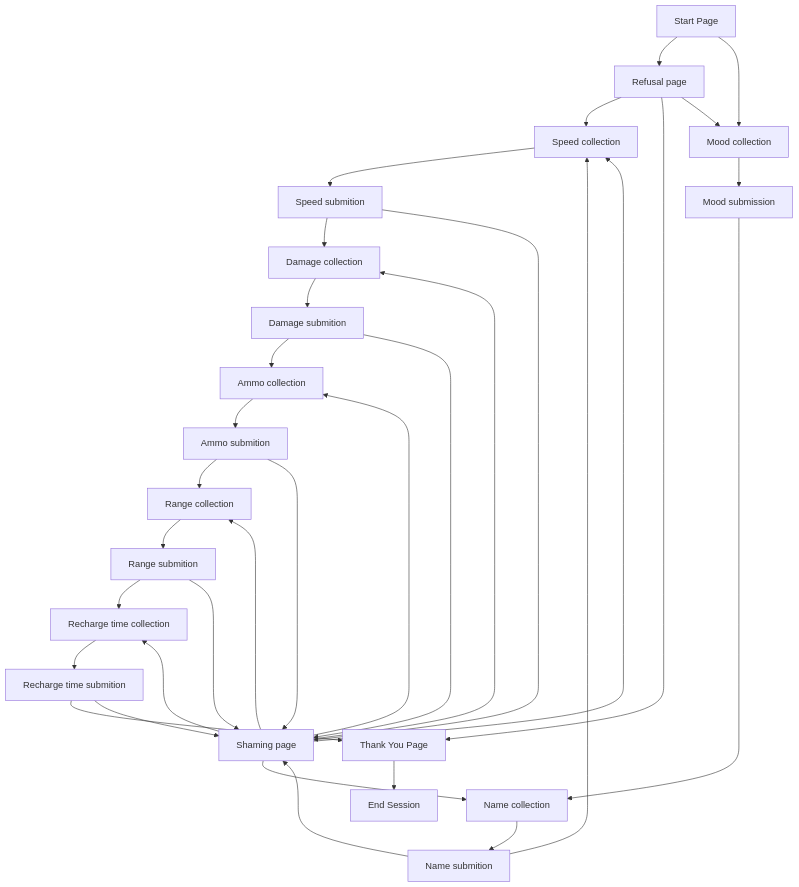
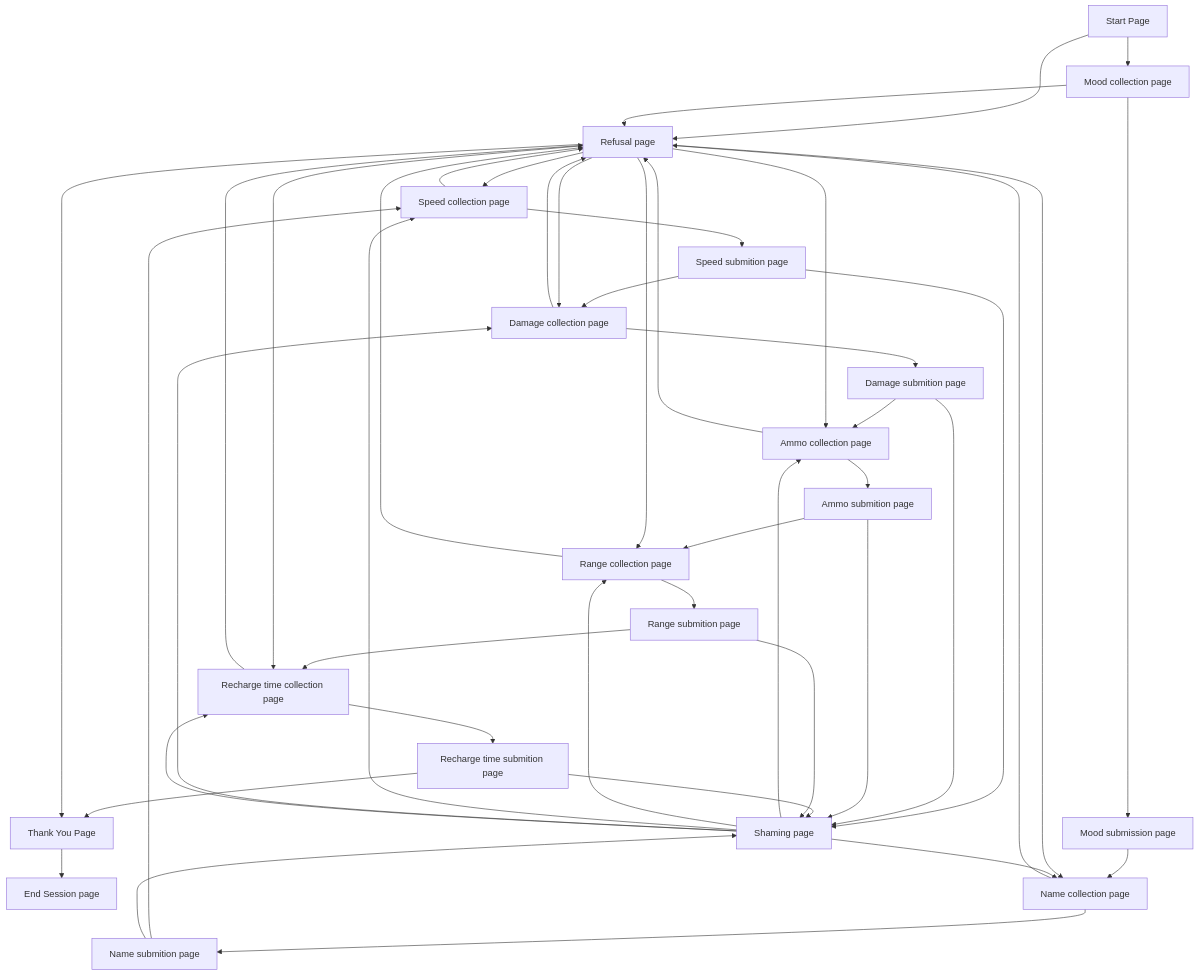
Before and after one commit to rchDev/game-of-points: the second of 2 diagrams in docs/conv-agent.md, drawn with Mermaid.

Commit message:
Update conv-agent.md - finish the diagram

````diff
--- a/docs/conv-agent.md
+++ b/docs/conv-agent.md
@@ -49,39 +49,52 @@
 ```mermaid
 graph TD
     StartPage["Start Page"] --> RefusalPage["Refusal page"]
-    StartPage --> UserMoodCollection["Mood collection"]
-    RefusalPage --> WeaponSpeedCollection["Speed collection"]
-    WeaponSpeedCollection --> WeaponSpeedSubmission["Speed submition"]
-    WeaponSpeedSubmission --> WeaponDamageCollection["Damage collection"]
-    WeaponDamageCollection --> WeaponDamageSubmission["Damage submition"]
-    ShamingPage["Shaming page"] --> WeaponAmmoCollection["Ammo collection"]
-    ThankYouPage --> EndSession["End Session"]
-    WeaponAmmoCollection --> WeaponAmmoSubmission["Ammo submition"]
+    StartPage --> UserMoodCollection["Mood collection page"]
+    RefusalPage --> WeaponSpeedCollection["Speed collection page"]
+    WeaponSpeedCollection --> WeaponSpeedSubmission["Speed submition page"]
+    WeaponSpeedSubmission --> WeaponDamageCollection["Damage collection page"]
+    WeaponDamageCollection --> WeaponDamageSubmission["Damage submition page"]
+    ShamingPage["Shaming page"] --> WeaponAmmoCollection["Ammo collection page"]
+    ThankYouPage --> EndSession["End Session page"]
+    WeaponAmmoCollection --> WeaponAmmoSubmission["Ammo submition page"]
     WeaponAmmoSubmission --> WeaponRangeCollection
-    ShamingPage --> WeaponRangeCollection["Range collection"]
-    WeaponRangeCollection --> WeaponRangeSubmission["Range submition"]
-    WeaponRangeSubmission --> WeaponRechargeTimeCollection["Recharge time collection"]
-    WeaponRechargeTimeCollection --> WeaponRechargeTimeSubmission["Recharge time submition"]
+    ShamingPage --> WeaponRangeCollection["Range collection page"]
+    WeaponRangeCollection --> WeaponRangeSubmission["Range submition page"]
+    WeaponRangeSubmission --> WeaponRechargeTimeCollection["Recharge time collection page"]
+    WeaponRechargeTimeCollection --> WeaponRechargeTimeSubmission["Recharge time submition page"]
     WeaponRechargeTimeSubmission --> ThankYouPage["Thank You Page"]
     RefusalPage --> ThankYouPage
 
-    UserMoodCollection --> UserMoodSubmission["Mood submission"]
-    UserMoodSubmission --> WeaponNameCollection["Name collection"]
-    WeaponNameCollection --> WeaponNameSubmission["Name submition"]
+    UserMoodCollection --> UserMoodSubmission["Mood submission page"]
+    UserMoodSubmission --> WeaponNameCollection["Name collection page"]
+    WeaponNameCollection --> WeaponNameSubmission["Name submition page"]
     WeaponNameSubmission --> WeaponSpeedCollection
-    RefusalPage --> UserMoodCollection
     WeaponDamageSubmission --> WeaponAmmoCollection
+
+    UserMoodCollection --> RefusalPage
+    WeaponNameCollection --> RefusalPage
+    WeaponSpeedCollection --> RefusalPage
+    WeaponDamageCollection --> RefusalPage
+    WeaponAmmoCollection --> RefusalPage
+    WeaponRangeCollection --> RefusalPage
+    WeaponRechargeTimeCollection --> RefusalPage
+
+    RefusalPage --> WeaponNameCollection
+    RefusalPage --> WeaponDamageCollection
+    RefusalPage --> WeaponAmmoCollection
+    RefusalPage --> WeaponRangeCollection
+    RefusalPage --> WeaponRechargeTimeCollection
 
     WeaponNameSubmission --> ShamingPage
     WeaponSpeedSubmission --> ShamingPage
     WeaponDamageSubmission --> ShamingPage
     WeaponAmmoSubmission --> ShamingPage
     WeaponRechargeTimeSubmission --> ShamingPage
     WeaponRangeSubmission --> ShamingPage
 
 
     ShamingPage --> WeaponNameCollection
     ShamingPage --> WeaponSpeedCollection
     ShamingPage --> WeaponDamageCollection
     ShamingPage --> WeaponRechargeTimeCollection
 ```
````
